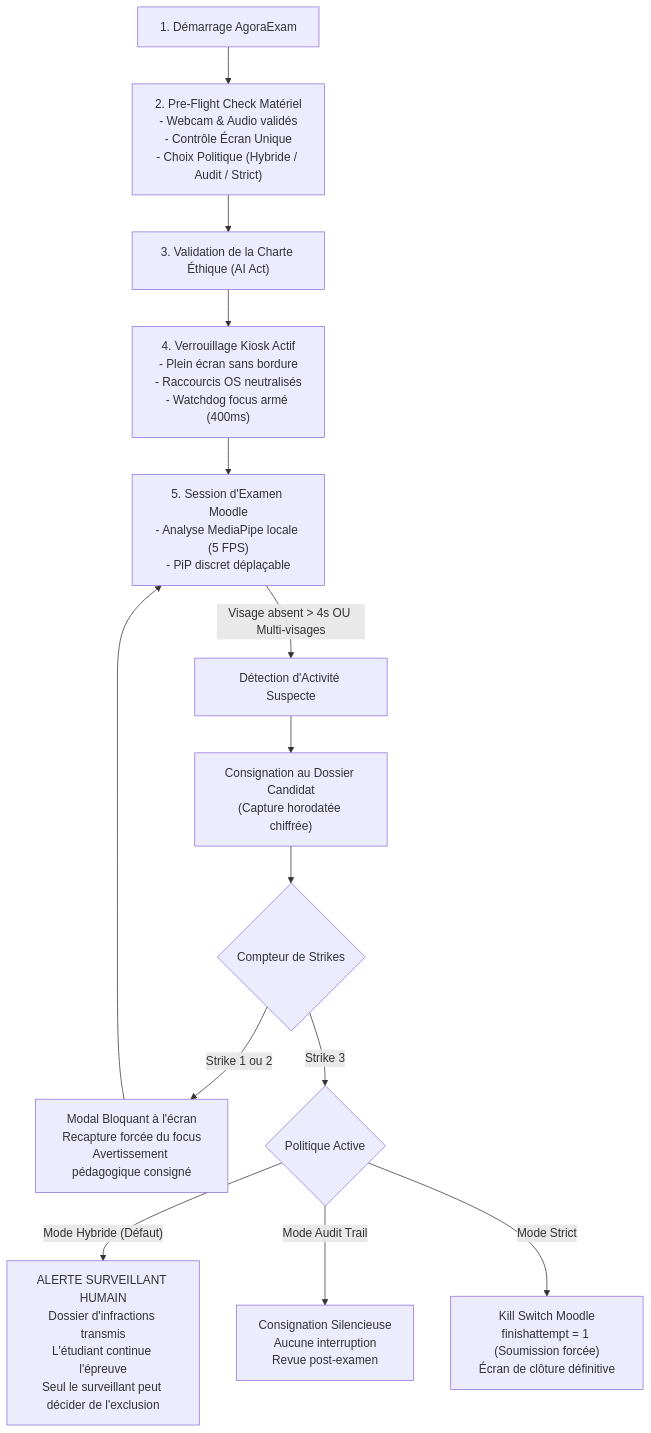
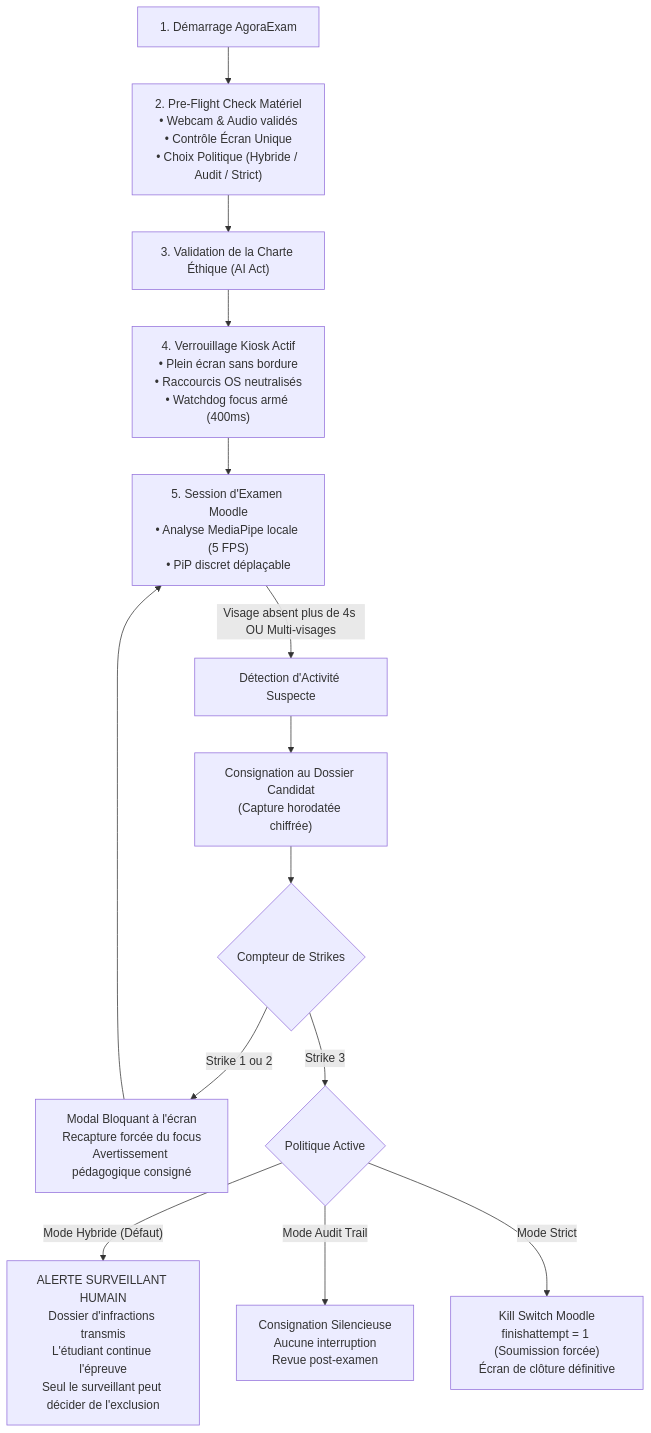
One commit to fadelilyas01/AgoraExam changed the diagram in README.md. Above: the diagram before and after it, drawn with Mermaid.

Commit message:
docs(readme): convert newline escapes to br tags and sanitize comparison operators for mermaid rendering

````diff
--- a/README.md
+++ b/README.md
@@ -61,19 +61,19 @@
 ```mermaid
 flowchart TD
-    A["1. Démarrage AgoraExam"] --> B["2. Pre-Flight Check Matériel\n- Webcam & Audio validés\n- Contrôle Écran Unique\n- Choix Politique (Hybride / Audit / Strict)"]
+    A["1. Démarrage AgoraExam"] --> B["2. Pre-Flight Check Matériel<br/>• Webcam & Audio validés<br/>• Contrôle Écran Unique<br/>• Choix Politique (Hybride / Audit / Strict)"]
     B --> C["3. Validation de la Charte Éthique (AI Act)"]
-    C --> D["4. Verrouillage Kiosk Actif\n- Plein écran sans bordure\n- Raccourcis OS neutralisés\n- Watchdog focus armé (400ms)"]
-    D --> E["5. Session d'Examen Moodle\n- Analyse MediaPipe locale (5 FPS)\n- PiP discret déplaçable"]
+    C --> D["4. Verrouillage Kiosk Actif<br/>• Plein écran sans bordure<br/>• Raccourcis OS neutralisés<br/>• Watchdog focus armé (400ms)"]
+    D --> E["5. Session d'Examen Moodle<br/>• Analyse MediaPipe locale (5 FPS)<br/>• PiP discret déplaçable"]
     
-    E -->|"Visage absent > 4s OU Multi-visages"| F["Détection d'Activité Suspecte"]
-    F --> G["Consignation au Dossier Candidat\n(Capture horodatée chiffrée)"]
+    E -->|"Visage absent plus de 4s OU Multi-visages"| F["Détection d'Activité Suspecte"]
+    F --> G["Consignation au Dossier Candidat<br/>(Capture horodatée chiffrée)"]
     
     G --> H{"Compteur de Strikes"}
-    H -->|"Strike 1 ou 2"| I["Modal Bloquant à l'écran\nRecapture forcée du focus\nAvertissement pédagogique consigné"]
+    H -->|"Strike 1 ou 2"| I["Modal Bloquant à l'écran<br/>Recapture forcée du focus<br/>Avertissement pédagogique consigné"]
     I --> E
     
     H -->|"Strike 3"| J{"Politique Active"}
-    J -->|"Mode Hybride (Défaut)"| K["ALERTE SURVEILLANT HUMAIN\nDossier d'infractions transmis\nL'étudiant continue l'épreuve\nSeul le surveillant peut décider de l'exclusion"]
-    J -->|"Mode Audit Trail"| L["Consignation Silencieuse\nAucune interruption\nRevue post-examen"]
-    J -->|"Mode Strict"| M["Kill Switch Moodle\nfinishattempt = 1 (Soumission forcée)\nÉcran de clôture définitive"]
+    J -->|"Mode Hybride (Défaut)"| K["ALERTE SURVEILLANT HUMAIN<br/>Dossier d'infractions transmis<br/>L'étudiant continue l'épreuve<br/>Seul le surveillant peut décider de l'exclusion"]
+    J -->|"Mode Audit Trail"| L["Consignation Silencieuse<br/>Aucune interruption<br/>Revue post-examen"]
+    J -->|"Mode Strict"| M["Kill Switch Moodle<br/>finishattempt = 1 (Soumission forcée)<br/>Écran de clôture définitive"]
 ```
````
